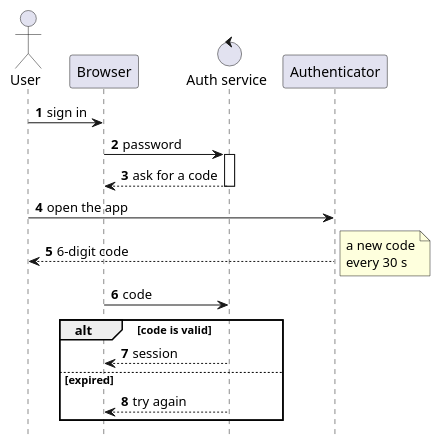
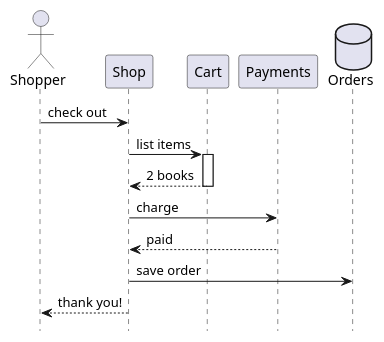
Before and after one commit to demaconsulting/CanvasNet: the diagram in docs/images/plantuml/sequence.puml, drawn with PlantUML. The commit also changed 16 other files, not shown here.

First line of the commit message:
Polish the PlantUML README images after visual review

```diff
--- a/docs/images/plantuml/sequence.puml
+++ b/docs/images/plantuml/sequence.puml
@@ -1,20 +1,15 @@
 @startuml
-autonumber
 hide footbox
-actor User
-participant Browser
-control "Auth service" as Auth
-participant "Authenticator" as App
-User -> Browser : sign in
-Browser -> Auth ++ : password
-Auth --> Browser -- : ask for a code
-User -> App : open the app
-App --> User : 6-digit code
-note right : a new code\nevery 30 s
-Browser -> Auth : code
-alt code is valid
-  Auth --> Browser : session
-else expired
-  Auth --> Browser : try again
-end
+actor Shopper
+participant Shop
+participant Cart
+participant Payments
+database Orders
+Shopper -> Shop : check out
+Shop -> Cart ++ : list items
+Cart --> Shop -- : 2 books
+Shop -> Payments : charge
+Payments --> Shop : paid
+Shop -> Orders : save order
+Shop --> Shopper : thank you!
 @enduml
```
